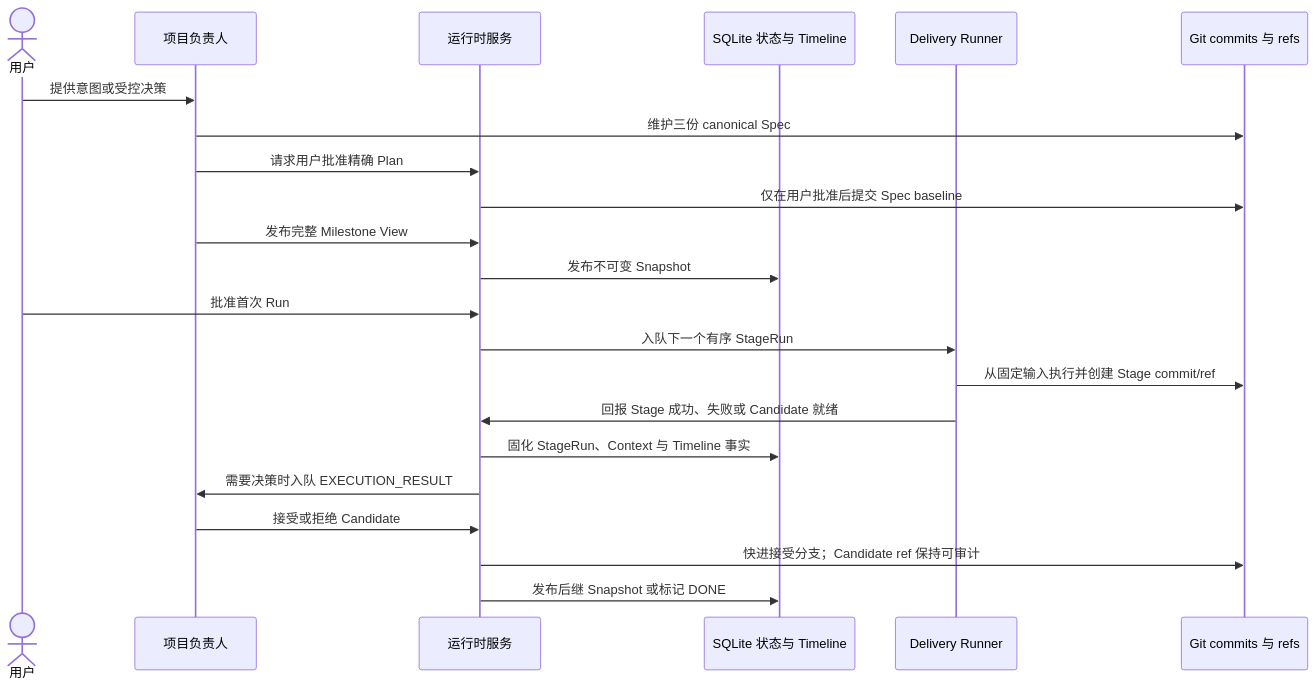
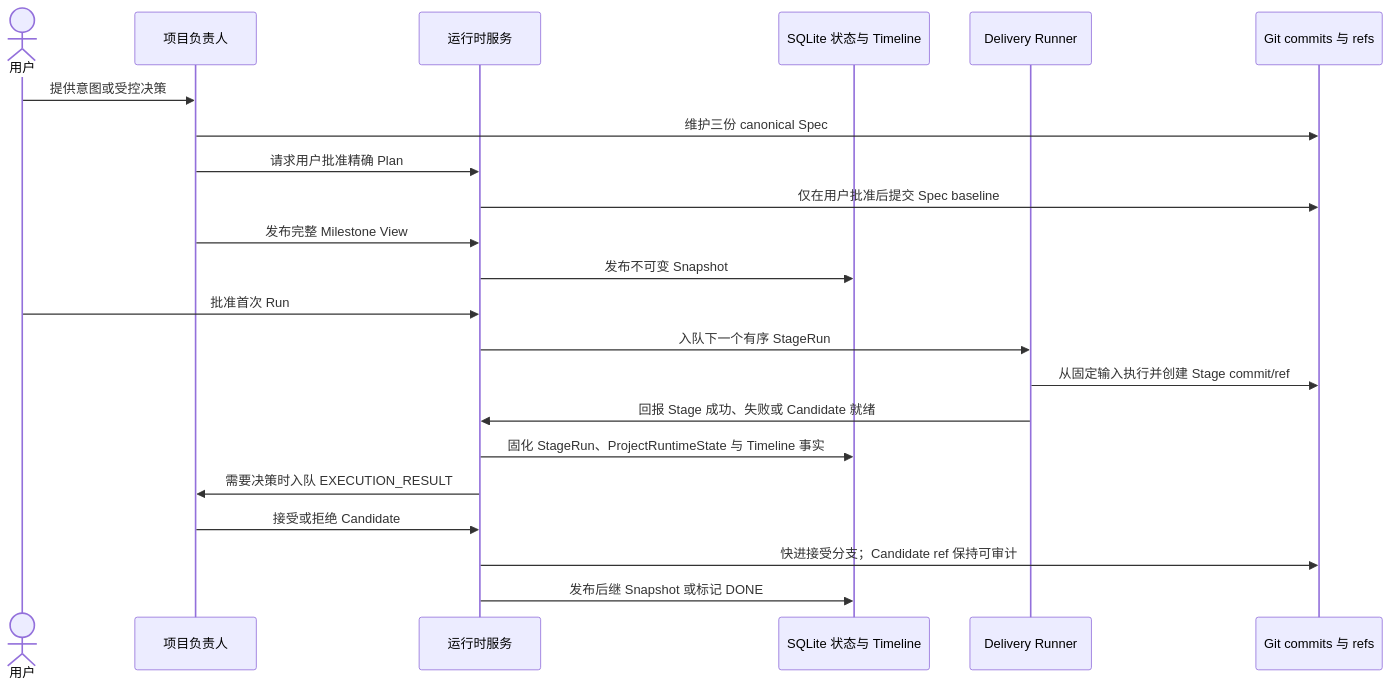
Before and after one commit to aowo-1345/AgentPanelX: the first of 2 diagrams in .codex/skills/agentplanex-project-observe/SKILL.md, drawn with Mermaid. The commit also changed other lines of this file and 30 other files, not shown here.

Commit message:
refactor: complete project runtime context migration

````diff
--- a/.codex/skills/agentplanex-project-observe/SKILL.md
+++ b/.codex/skills/agentplanex-project-observe/SKILL.md
@@ -32,25 +32,25 @@
 ```mermaid
 sequenceDiagram
     actor User as 用户
     participant Owner as 项目负责人
     participant Runtime as 运行时服务
     participant SQLite as SQLite 状态与 Timeline
     participant Runner as Delivery Runner
     participant Git as Git commits 与 refs
 
     User->>Owner: 提供意图或受控决策
     Owner->>Git: 维护三份 canonical Spec
     Owner->>Runtime: 请求用户批准精确 Plan
     Runtime->>Git: 仅在用户批准后提交 Spec baseline
     Owner->>Runtime: 发布完整 Milestone View
     Runtime->>SQLite: 发布不可变 Snapshot
     User->>Runtime: 批准首次 Run
     Runtime->>Runner: 入队下一个有序 StageRun
     Runner->>Git: 从固定输入执行并创建 Stage commit/ref
     Runner->>Runtime: 回报 Stage 成功、失败或 Candidate 就绪
-    Runtime->>SQLite: 固化 StageRun、Context 与 Timeline 事实
+    Runtime->>SQLite: 固化 StageRun、ProjectRuntimeState 与 Timeline 事实
     Runtime->>Owner: 需要决策时入队 EXECUTION_RESULT
     Owner->>Runtime: 接受或拒绝 Candidate
     Runtime->>Git: 快进接受分支；Candidate ref 保持可审计
     Runtime->>SQLite: 发布后继 Snapshot 或标记 DONE
 ```
````
